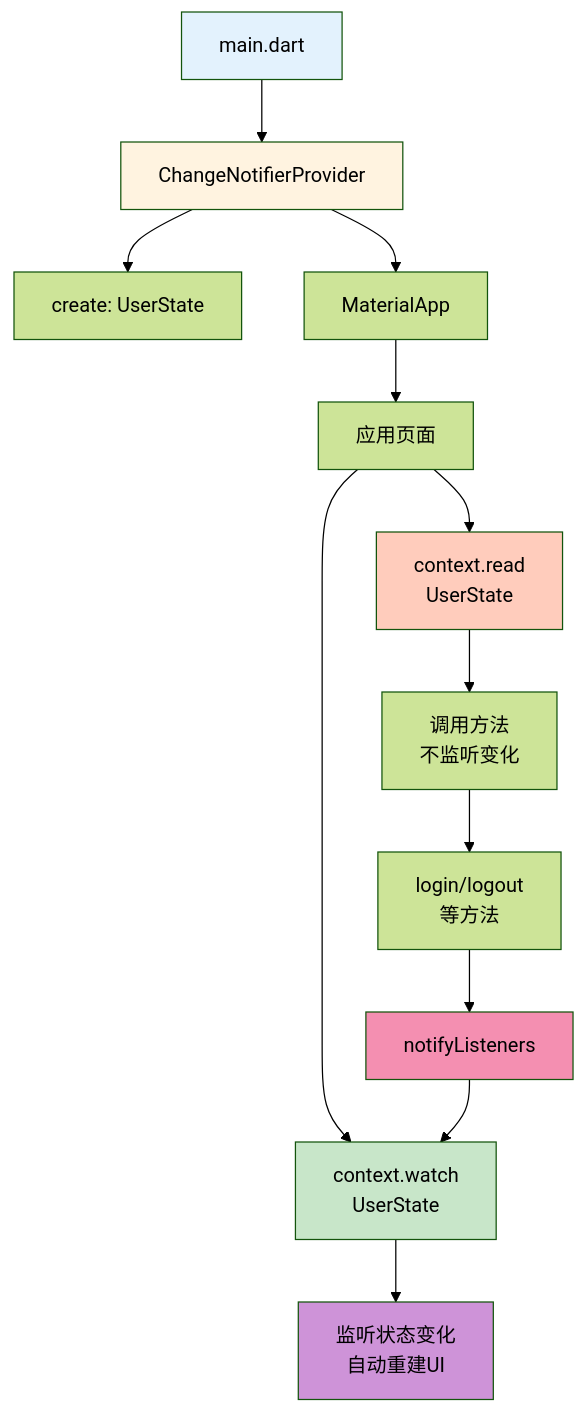
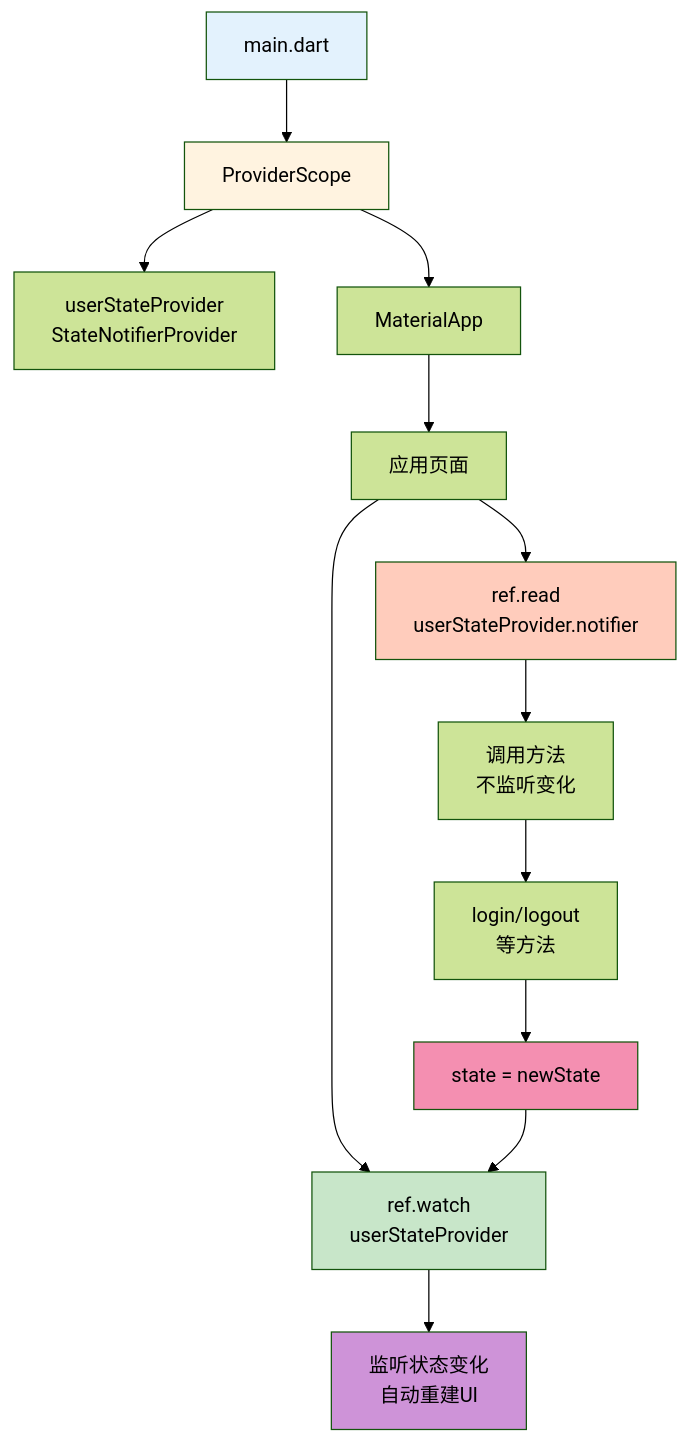
One commit to jianguofan/flutter_zero_copy changed the eighth of 12 diagrams in docs/AUTH_STATE_MERMAID_DIAGRAM.md. Above: the diagram before and after it, drawn with Mermaid (forest theme). The commit also changed other lines of this file, not shown here.

First line of the commit message:
docs: 更新 AUTH_STATE_MERMAID_DIAGRAM.md 使用 Riverpod 术语

````diff
--- a/docs/AUTH_STATE_MERMAID_DIAGRAM.md
+++ b/docs/AUTH_STATE_MERMAID_DIAGRAM.md
@@ -322,28 +324,28 @@
 ```mermaid
 graph TD
-    Main[main.dart] --> Provider[ChangeNotifierProvider]
+    Main[main.dart] --> ProviderScope[ProviderScope]
     
-    Provider --> Create[create: UserState]
-    Provider --> App[MaterialApp]
+    ProviderScope --> Create[userStateProvider<br/>StateNotifierProvider]
+    ProviderScope --> App[MaterialApp]
     
     App --> Pages[应用页面]
     
-    Pages --> Watch[context.watch<br/>UserState]
-    Pages --> Read[context.read<br/>UserState]
+    Pages --> Watch[ref.watch<br/>userStateProvider]
+    Pages --> Read[ref.read<br/>userStateProvider.notifier]
     
     Watch --> Listen[监听状态变化<br/>自动重建UI]
     Read --> Call[调用方法<br/>不监听变化]
     
     Call --> Method[login/logout<br/>等方法]
     
-    Method --> Notify[notifyListeners]
+    Method --> UpdateState[state = newState]
     
-    Notify --> Watch
+    UpdateState --> Watch
     
     style Main fill:#e3f2fd
-    style Provider fill:#fff3e0
+    style ProviderScope fill:#fff3e0
     style Watch fill:#c8e6c9
     style Read fill:#ffccbc
-    style Notify fill:#f48fb1
+    style UpdateState fill:#f48fb1
     style Listen fill:#ce93d8
 ```
````
